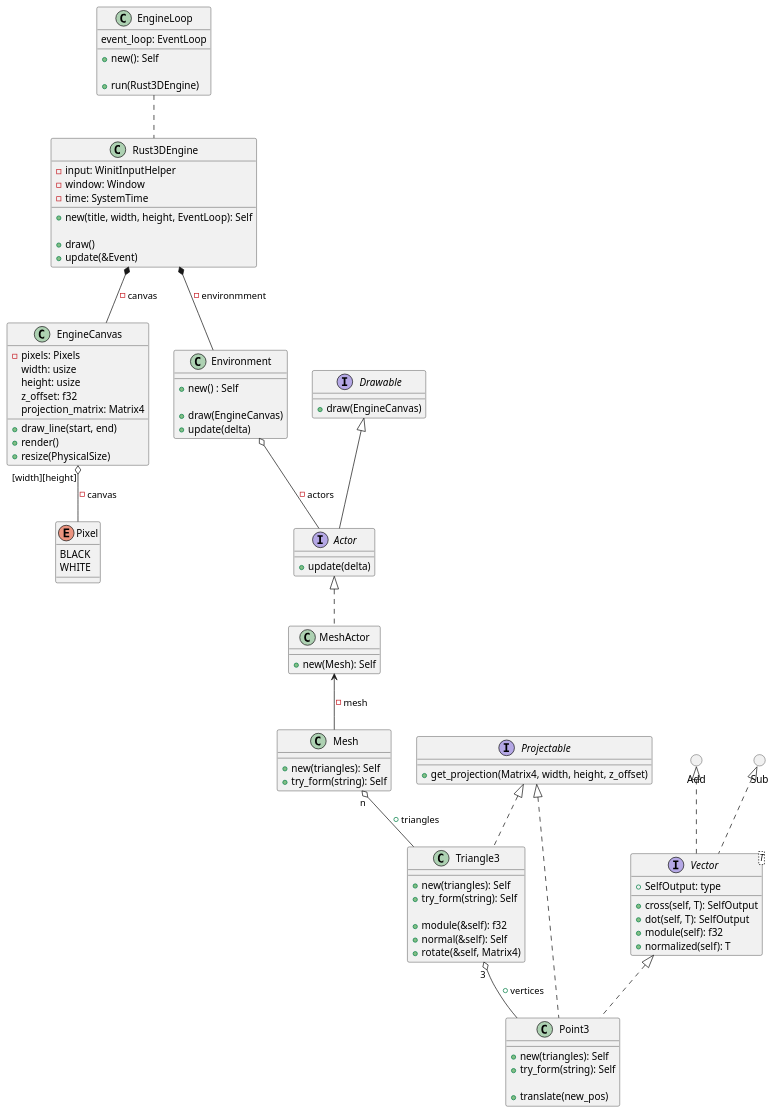
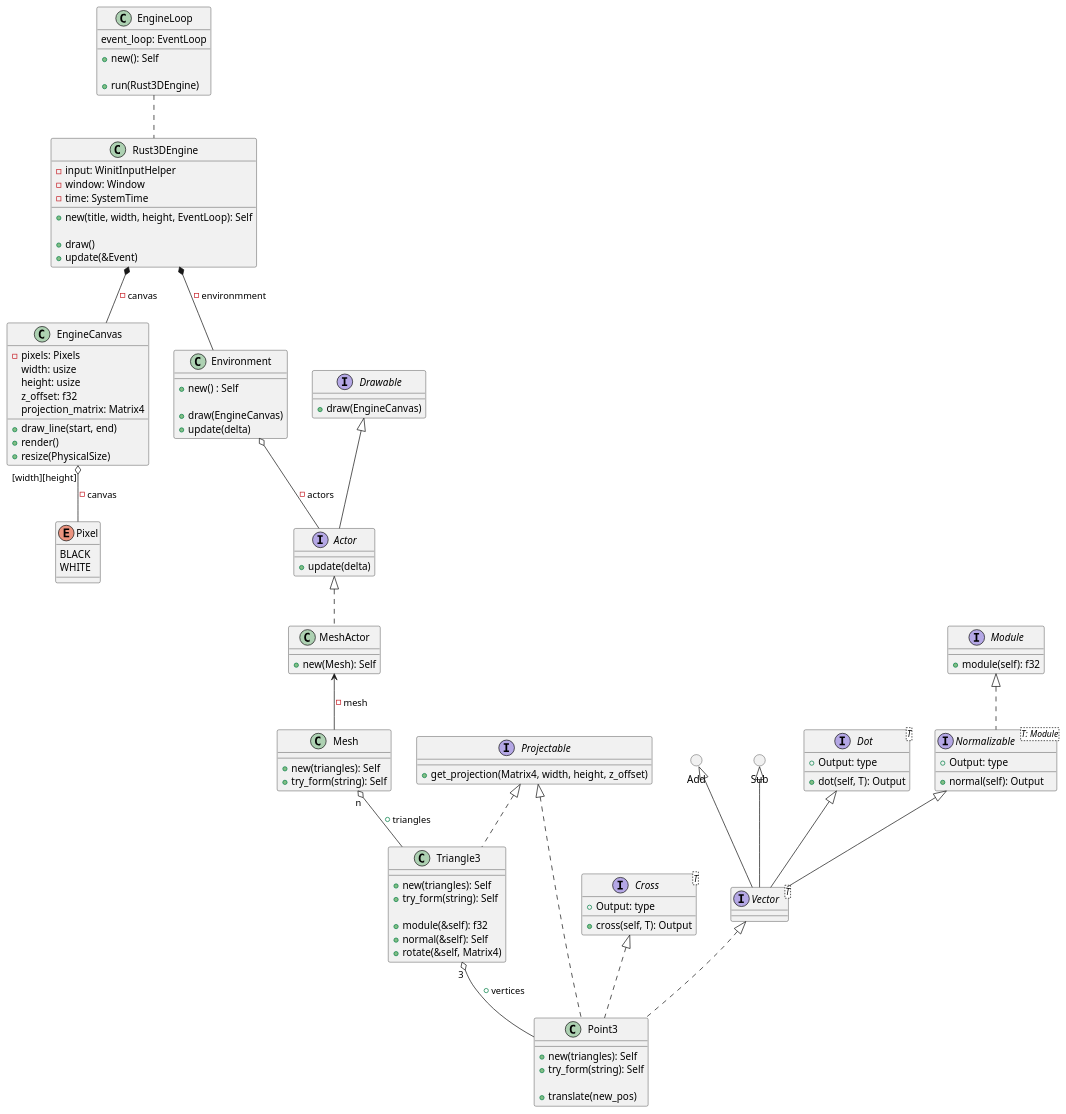
The diagram in doc/class.puml (kriogenia/ferrux_engine), drawn with PlantUML before and after one commit. The commit also changed 12 other files, not shown here.

```diff
--- a/doc/class.puml
+++ b/doc/class.puml
@@ -1,112 +1,134 @@
 @startuml
 'https://plantuml.com/class-diagram
 
 class EngineLoop {
     event_loop: EventLoop
 
     + new(): Self
 
     + run(Rust3DEngine)
 }
 
 class Rust3DEngine {
     - input: WinitInputHelper
     - window: Window
     - time: SystemTime
 
     + new(title, width, height, EventLoop): Self
 
     + draw()
     + update(&Event)
 }
 
 class EngineCanvas {
 	- pixels: Pixels
 	width: usize
 	height: usize
 	z_offset: f32
 	projection_matrix: Matrix4
 
 	+ draw_line(start, end)
 	+ render()
 	+ resize(PhysicalSize)
 }
 
 enum Pixel {
     BLACK
     WHITE
 }
 
 class Environment {
     + new() : Self
 
     + draw(EngineCanvas)
     + update(delta)
 }
 
 interface Drawable {
     + draw(EngineCanvas)
 }
 
 interface Actor {
     + update(delta)
 }
 
 interface Projectable {
     + get_projection(Matrix4, width, height, z_offset)
 }
 
 class MeshActor {
     + new(Mesh): Self
 }
 
 class Mesh {
     + new(triangles): Self
     + try_form(string): Self
 }
 
 class Triangle3 {
     + new(triangles): Self
     + try_form(string): Self
 
     + module(&self): f32
     + normal(&self): Self
     + rotate(&self, Matrix4)
 }
 
-interface "Vector<T>" as vector {
-    + SelfOutput: type
+() Add
+() Sub
 
-    + cross(self, T): SelfOutput
-    + dot(self, T): SelfOutput
+interface Cross<T> {
+    + Output: type
+
+    + cross(self, T): Output
+}
+
+interface Dot<T> {
+    + Output: type
+
+    + dot(self, T): Output
+}
+
+interface Module {
     + module(self): f32
-    + normalized(self): T
 }
+
+interface Normalizable<T: Module> {
+    + Output: type
+
+    + normal(self): Output
+}
+
+Module <|.. Normalizable
+
+interface Vector<T>
+
+Add <|-- Vector
+Dot <|-- Vector
+Normalizable <|-- Vector
+Sub <|-- Vector
 
 class Point3 {
     + new(triangles): Self
     + try_form(string): Self
 
     + translate(new_pos)
 }
 
-() Add
-() Sub
+Vector <|.. Point3
+Cross <|.. Point3
 
 EngineLoop .. Rust3DEngine
 Rust3DEngine *-- EngineCanvas : -canvas
 Rust3DEngine *-- Environment : -environmment
 EngineCanvas "[width][height]" o-- Pixel : -canvas
 Drawable <|-- Actor
 Environment o-- Actor : -actors
 Actor <|.. MeshActor
 MeshActor <-- Mesh : - mesh
 Mesh "n" o-- Triangle3 : + triangles
 Triangle3 "3" o-- Point3 : + vertices
 Projectable <|.. Triangle3
 Projectable <|.. Point3
-Add <|.. vector
-Sub <|.. vector
-vector <|.. Point3
 
 @enduml
```
